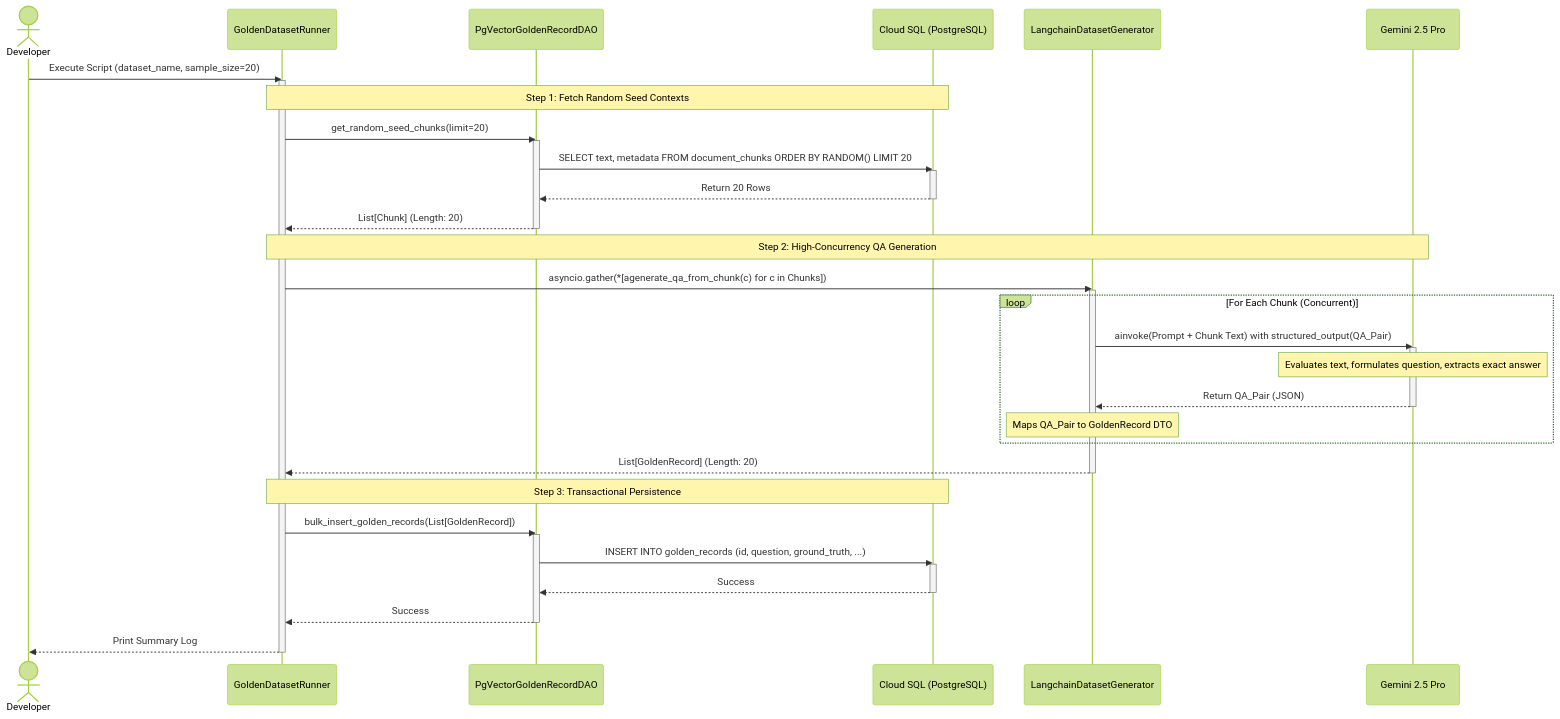
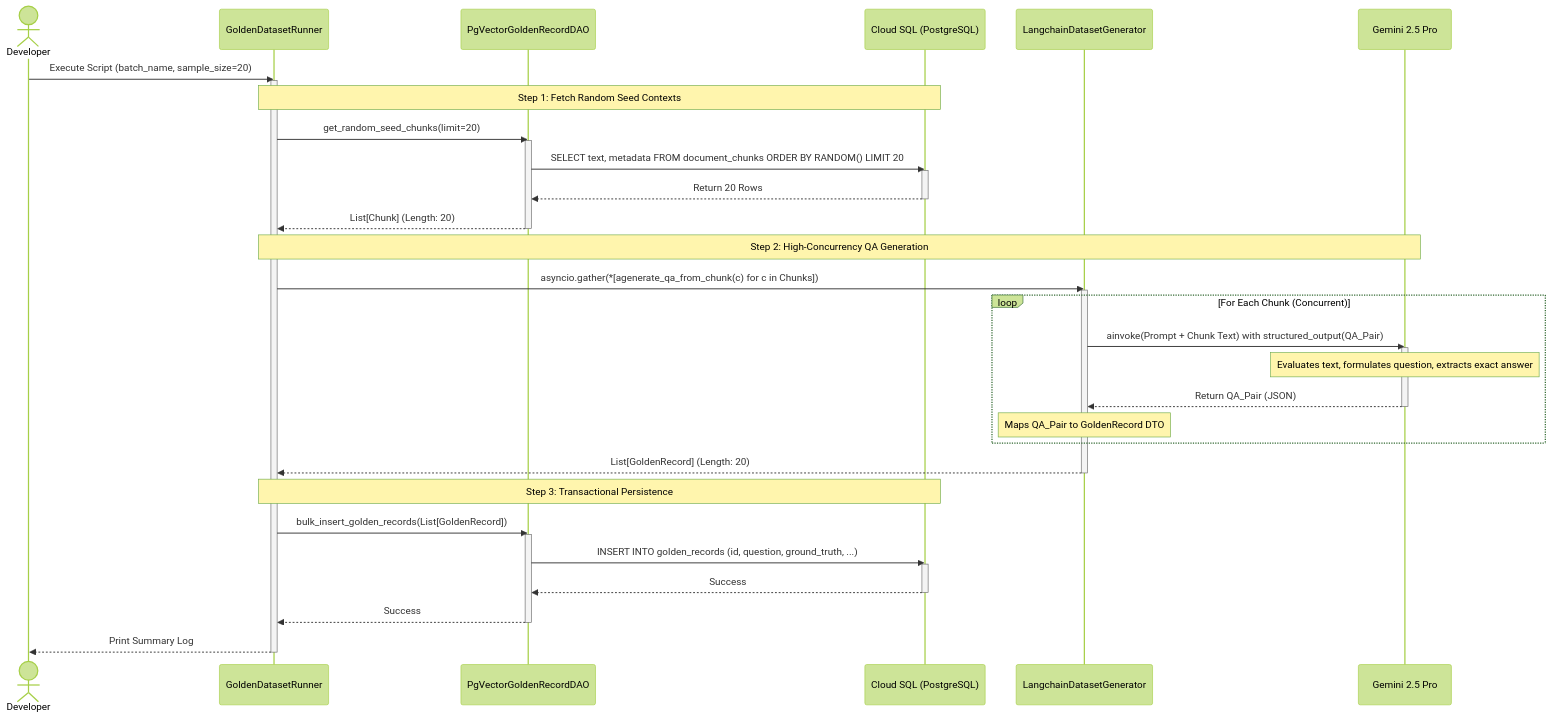
One commit to nvd11/automated-rag-evaluator changed the second of 2 diagrams in docs/phase3_golden_dataset_generation.md. Above: the diagram before and after it, drawn with Mermaid (forest theme). The commit also changed other lines of this file and 2 other files, not shown here.

Commit message:
refactor: rename dataset_name to batch_name across schema and architecture docs to emphasize synthetic data lineage

````diff
--- a/docs/phase3_golden_dataset_generation.md
+++ b/docs/phase3_golden_dataset_generation.md
@@ -87,54 +87,54 @@
 ```mermaid
 sequenceDiagram
     actor Developer
     participant Runner as GoldenDatasetRunner
     participant DAO as PgVectorGoldenRecordDAO
     participant DB as Cloud SQL (PostgreSQL)
     participant Generator as LangchainDatasetGenerator
     participant LLM as Gemini 2.5 Pro
 
-    Developer->>Runner: Execute Script (dataset_name, sample_size=20)
+    Developer->>Runner: Execute Script (batch_name, sample_size=20)
     activate Runner
 
     %% Step 1: Fetch Seeds
     Note over Runner, DB: Step 1: Fetch Random Seed Contexts
     Runner->>DAO: get_random_seed_chunks(limit=20)
     activate DAO
     DAO->>DB: SELECT text, metadata FROM document_chunks ORDER BY RANDOM() LIMIT 20
     activate DB
     DB-->>DAO: Return 20 Rows
     deactivate DB
     DAO-->>Runner: List[Chunk] (Length: 20)
     deactivate DAO
 
     %% Step 2: Concurrent Generation
     Note over Runner, LLM: Step 2: High-Concurrency QA Generation
     Runner->>Generator: asyncio.gather(*[agenerate_qa_from_chunk(c) for c in Chunks])
     activate Generator
     
     loop For Each Chunk (Concurrent)
         Generator->>LLM: ainvoke(Prompt + Chunk Text) with structured_output(QA_Pair)
         activate LLM
         Note over LLM: Evaluates text, formulates question, extracts exact answer
         LLM-->>Generator: Return QA_Pair (JSON)
         deactivate LLM
         Note over Generator: Maps QA_Pair to GoldenRecord DTO
     end
     
     Generator-->>Runner: List[GoldenRecord] (Length: 20)
     deactivate Generator
 
     %% Step 3: Persistence
     Note over Runner, DB: Step 3: Transactional Persistence
     Runner->>DAO: bulk_insert_golden_records(List[GoldenRecord])
     activate DAO
     DAO->>DB: INSERT INTO golden_records (id, question, ground_truth, ...)
     activate DB
     DB-->>DAO: Success
     deactivate DB
     DAO-->>Runner: Success
     deactivate DAO
 
     Runner-->>Developer: Print Summary Log
     deactivate Runner
 ```
````
